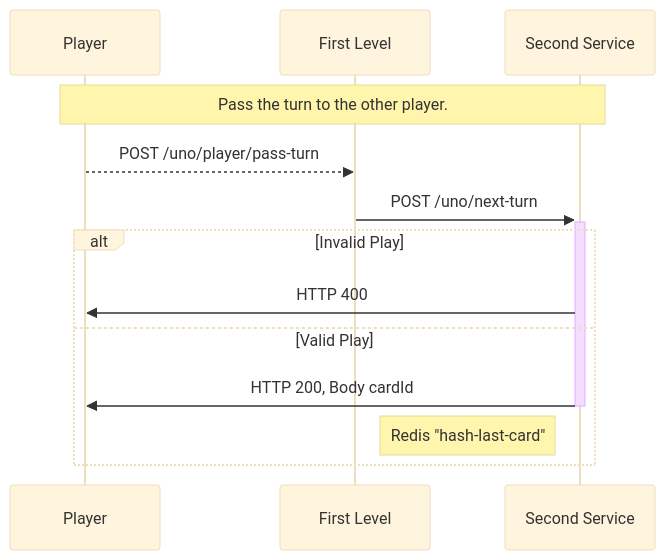
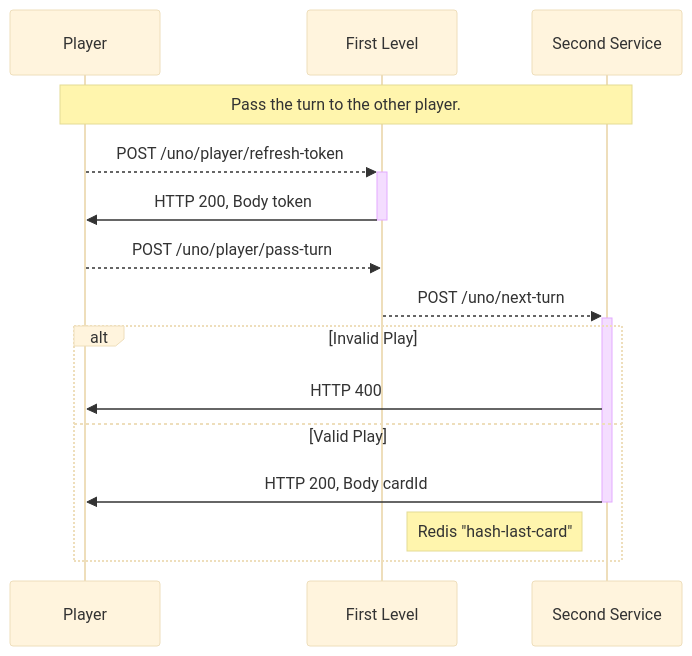
The diagram in README.md (olbiwan/uno), drawn with Mermaid (base theme) before and after one commit.

````diff
--- a/README.md
+++ b/README.md
@@ -22,16 +22,18 @@
 ```mermaid
 sequenceDiagram
     participant p as Player
     participant fl as First Level
     participant sl as Second Service
 
     Note over p,sl: Pass the turn to the other player.
+    p-->>+fl: POST /uno/player/refresh-token
+    fl->>-p: HTTP 200, Body token
     p-->>fl: POST /uno/player/pass-turn
-    fl->>+sl: POST /uno/next-turn
+    fl-->>+sl: POST /uno/next-turn
     alt Invalid Play
         sl->>p: HTTP 400
     else Valid Play
         sl->>-p: HTTP 200, Body cardId
-        Note left of sl: Redis "hash-last-card" 
+        Note right of fl: Redis "hash-last-card" 
     end
 ```
````
